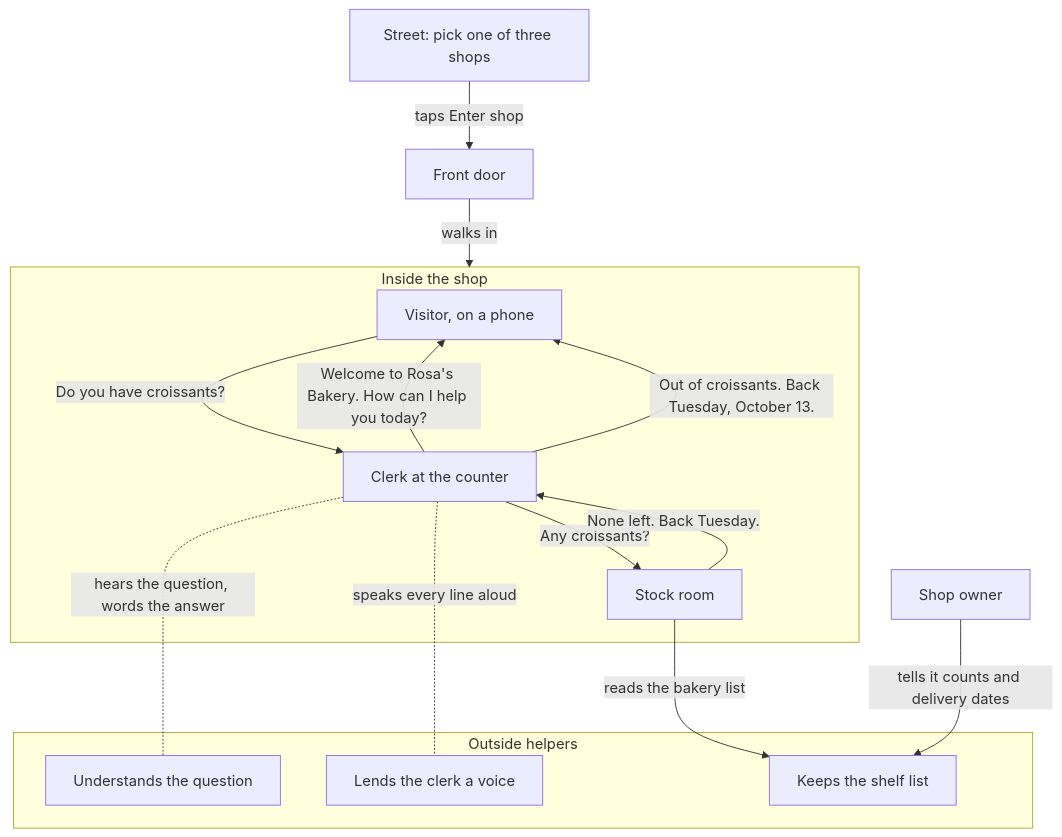
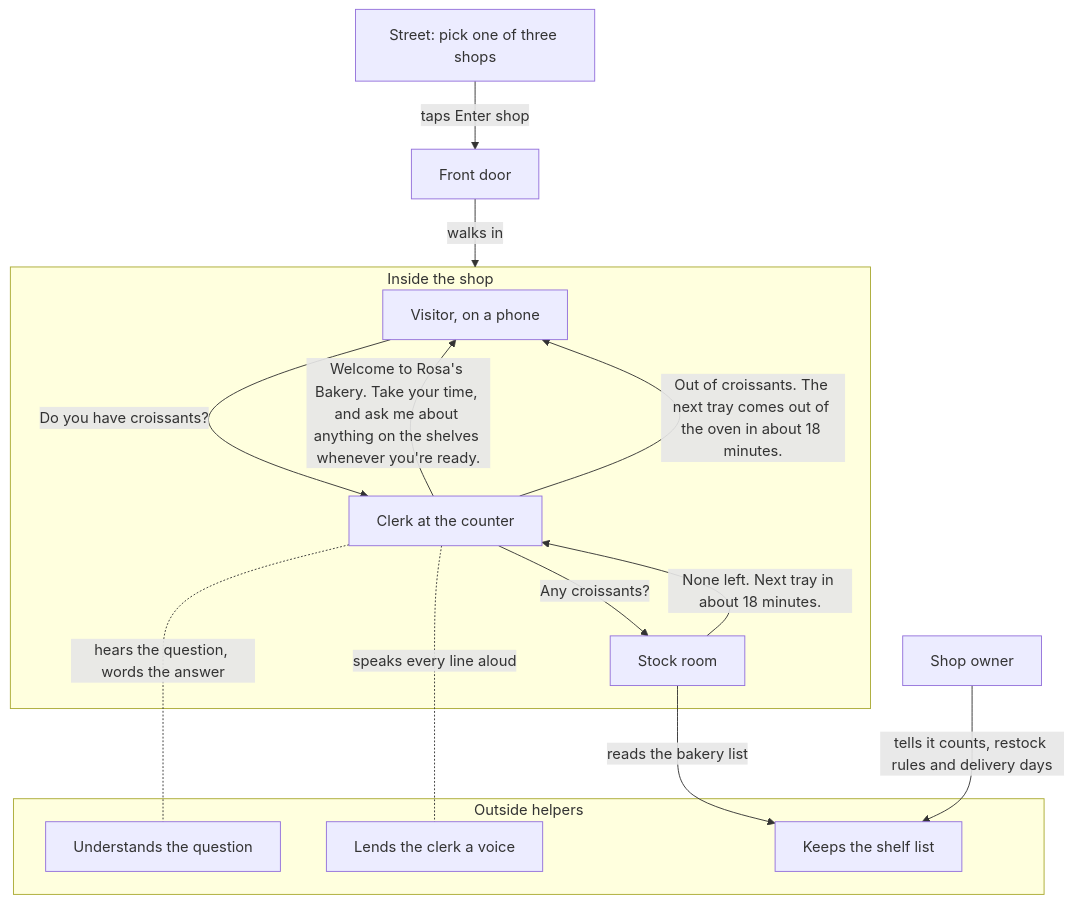
Before and after one commit to SergioB03/Peripie: the diagram in docs/architecture.md, drawn with Mermaid. The commit also changed other lines of this file and 4 other files, not shown here.

First line of the commit message:
docs: the stock room now holds rules and notes; oven times replace Tuesday

````diff
--- a/docs/architecture.md
+++ b/docs/architecture.md
@@ -18,28 +18,28 @@
 ```mermaid
 flowchart TB
     Street["Street: pick one of three shops"]
     Door["Front door"]
     subgraph inside["Inside the shop"]
         Visitor["Visitor, on a phone"]
         Clerk["Clerk at the counter"]
         Stock["Stock room"]
     end
     subgraph helpers["Outside helpers"]
         Think["Understands the question"]
         Voice["Lends the clerk a voice"]
         List["Keeps the shelf list"]
     end
     Owner["Shop owner"]
 
     Street -->|"taps Enter shop"| Door
     Door -->|"walks in"| inside
-    Clerk -->|"Welcome to Rosa's Bakery. How can I help you today?"| Visitor
+    Clerk -->|"Welcome to Rosa's Bakery. Take your time, and ask me about anything on the shelves whenever you're ready."| Visitor
     Visitor -->|"Do you have croissants?"| Clerk
-    Clerk -->|"Out of croissants. Back Tuesday, October 13."| Visitor
+    Clerk -->|"Out of croissants. The next tray comes out of the oven in about 18 minutes."| Visitor
     Clerk -->|"Any croissants?"| Stock
     Stock -->|"reads the bakery list"| List
-    Stock -->|"None left. Back Tuesday."| Clerk
+    Stock -->|"None left. Next tray in about 18 minutes."| Clerk
     Clerk -.-|"hears the question, words the answer"| Think
     Clerk -.-|"speaks every line aloud"| Voice
-    Owner -->|"tells it counts and delivery dates"| List
+    Owner -->|"tells it counts, restock rules and delivery days"| List
 ```
````
